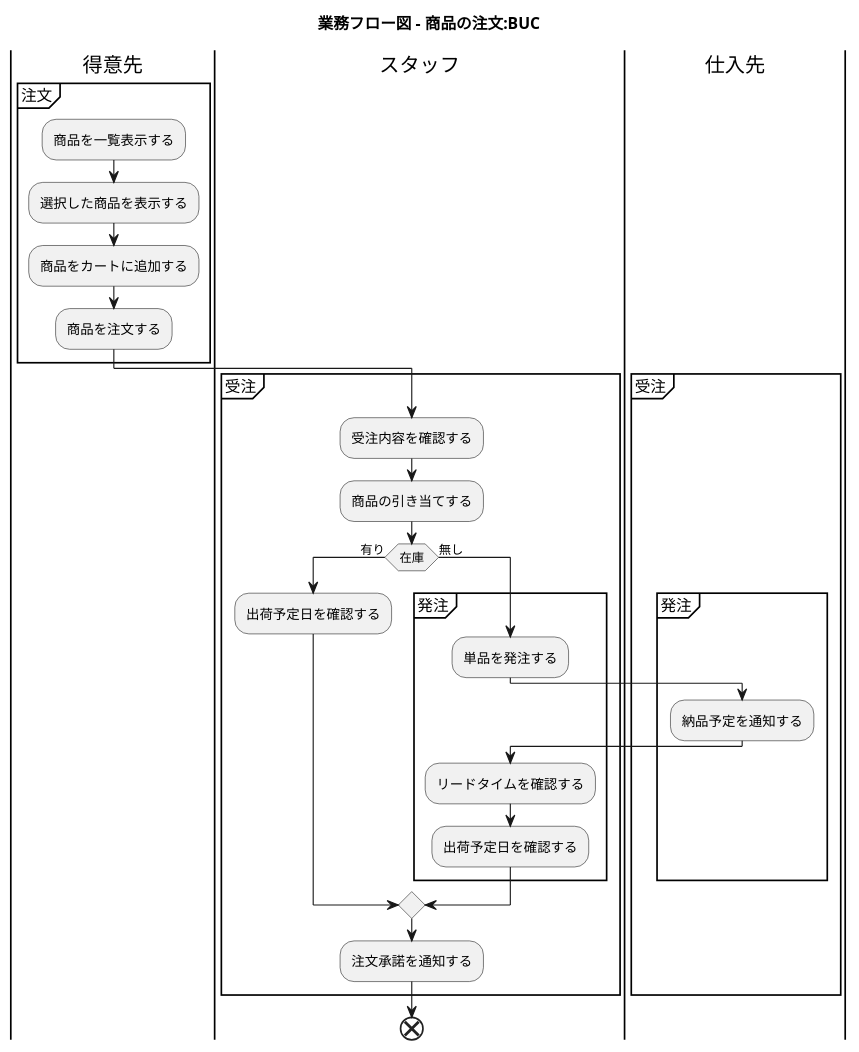
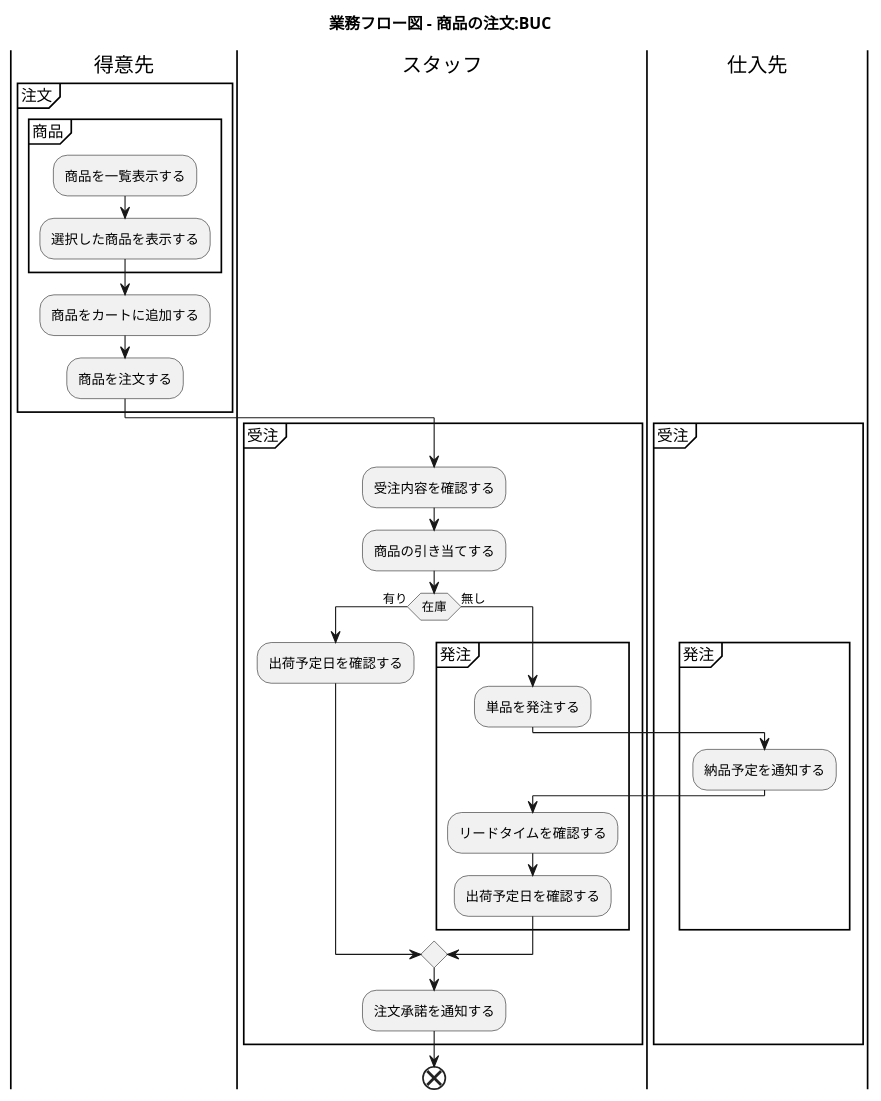
The ninth of 49 diagrams in docs/index.adoc (k2works/application_programing_excercise_2022), drawn with PlantUML before and after one commit. The commit also changed other lines of this file, not shown here.

```diff
--- a/docs/index.adoc
+++ b/docs/index.adoc
@@ -345,37 +345,39 @@
 [plantuml]
 ----
 @startuml
 
 title 業務フロー図 - 商品の注文:BUC
 
 |得意先|
 partition 注文 {
-    :商品を一覧表示する;
-    :選択した商品を表示する;
+    partition 商品 {
+        :商品を一覧表示する;
+        :選択した商品を表示する;
+    }
     :商品をカートに追加する;
     :商品を注文する;
 }
 
 |スタッフ|
 partition 受注 {
     :受注内容を確認する;
     :商品の引き当てする;
     if (在庫) then (有り)
      :出荷予定日を確認する;
     else (無し)
      partition 発注 {
          :単品を発注する;
          |仕入先|
          :納品予定を通知する;
          |スタッフ|
          :リードタイムを確認する;
          :出荷予定日を確認する;
      }
     endif
     :注文承諾を通知する;
 }
 
 end
 
 @enduml
 ----
```
